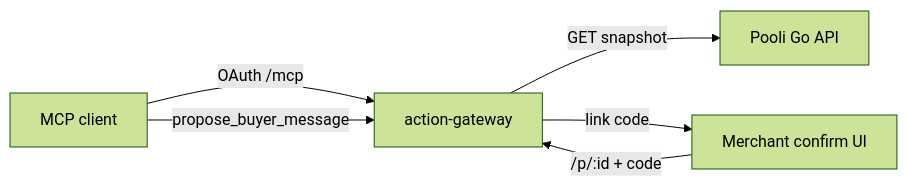
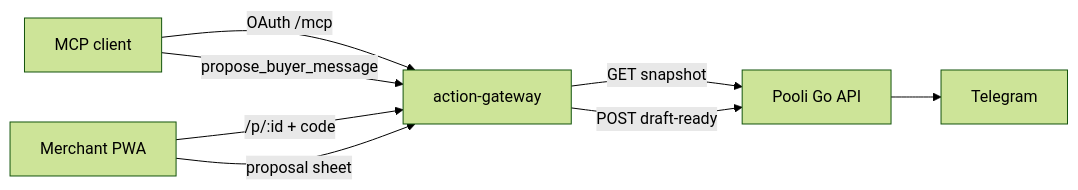
One commit to o-mid/pooli changed the diagram in docs/agent-integration.md. Above: the diagram before and after it, drawn with Mermaid (forest theme). The commit also changed other lines of this file and 22 other files, not shown here.

First line of the commit message:
feat(prod): deploy action-gateway with Telegram draft-ready hooks

````diff
--- a/docs/agent-integration.md
+++ b/docs/agent-integration.md
@@ -9,13 +9,16 @@
 ```mermaid
 flowchart LR
   Agent[MCP client]
   GW[action-gateway]
   API[Pooli Go API]
-  Human[Merchant confirm UI]
+  TG[Telegram]
+  Human[Merchant PWA]
 
   Agent -->|OAuth /mcp| GW
   GW -->|GET snapshot| API
+  GW -->|POST draft-ready| API
+  API --> TG
   Agent -->|propose_buyer_message| GW
-  GW -->|link code| Human
   Human -->|/p/:id + code| GW
+  Human -->|proposal sheet| GW
 ```
````
